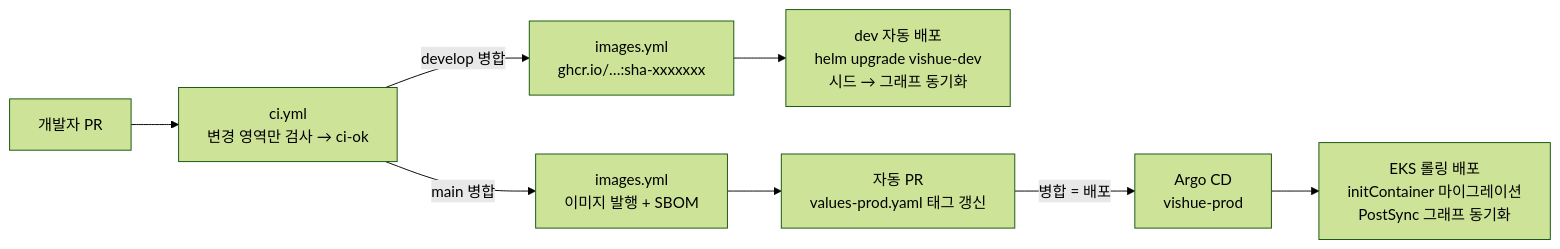
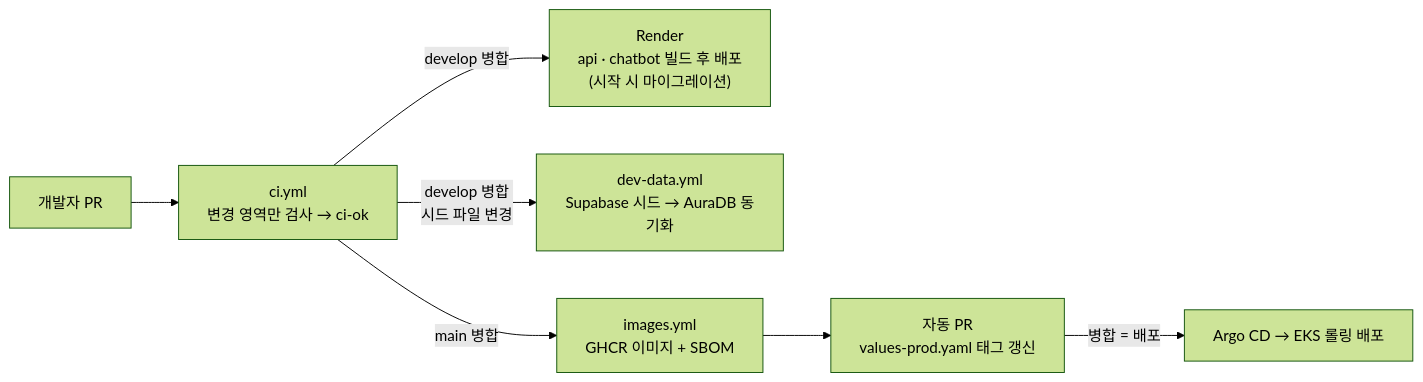
One commit to gyuniverse-hq/SKN34-Final-Project changed the diagram in docs/DEPLOYMENT.md. Above: the diagram before and after it, drawn with Mermaid (forest theme). The commit also changed other lines of this file and 8 other files, not shown here.

Commit message:
docs: Render dev 서버 설정 절차와 ADR-0009 추가

````diff
--- a/docs/DEPLOYMENT.md
+++ b/docs/DEPLOYMENT.md
@@ -14,10 +12,9 @@
 ```mermaid
 flowchart LR
   Dev["개발자 PR"] --> CI["ci.yml<br/>변경 영역만 검사 → ci-ok"]
-  CI -->|develop 병합| Img1["images.yml<br/>ghcr.io/…:sha-xxxxxxx"]
-  Img1 --> DevEnv["dev 자동 배포<br/>helm upgrade vishue-dev<br/>시드 → 그래프 동기화"]
-  CI -->|main 병합| Img2["images.yml<br/>이미지 발행 + SBOM"]
-  Img2 --> Bump["자동 PR<br/>values-prod.yaml 태그 갱신"]
-  Bump -->|병합 = 배포| Argo["Argo CD<br/>vishue-prod"]
-  Argo --> EKS["EKS 롤링 배포<br/>initContainer 마이그레이션<br/>PostSync 그래프 동기화"]
+  CI -->|develop 병합| Render["Render<br/>api · chatbot 빌드 후 배포<br/>(시작 시 마이그레이션)"]
+  CI -->|develop 병합<br/>시드 파일 변경| Data["dev-data.yml<br/>Supabase 시드 → AuraDB 동기화"]
+  CI -->|main 병합| Img["images.yml<br/>GHCR 이미지 + SBOM"]
+  Img --> Bump["자동 PR<br/>values-prod.yaml 태그 갱신"]
+  Bump -->|병합 = 배포| Argo["Argo CD → EKS 롤링 배포"]
 ```
````
